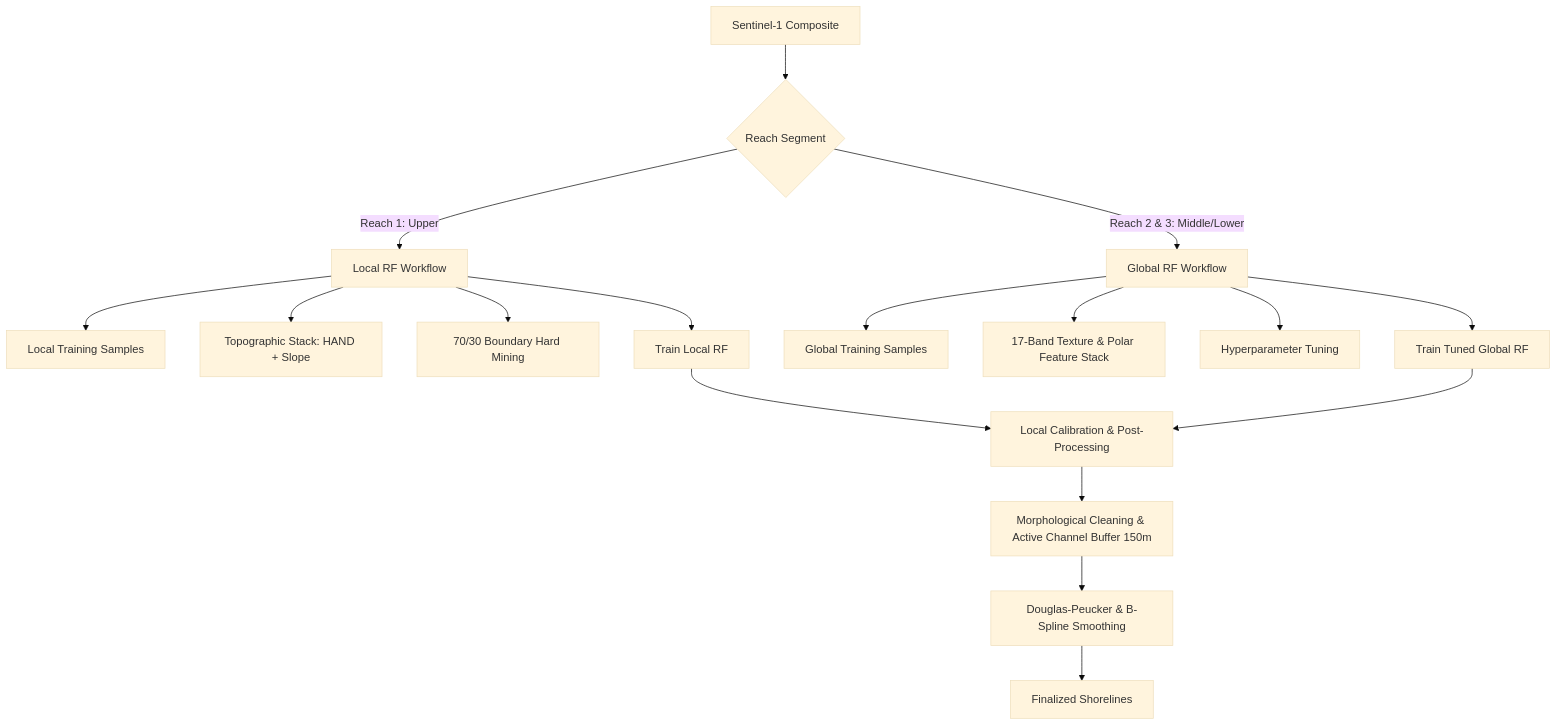
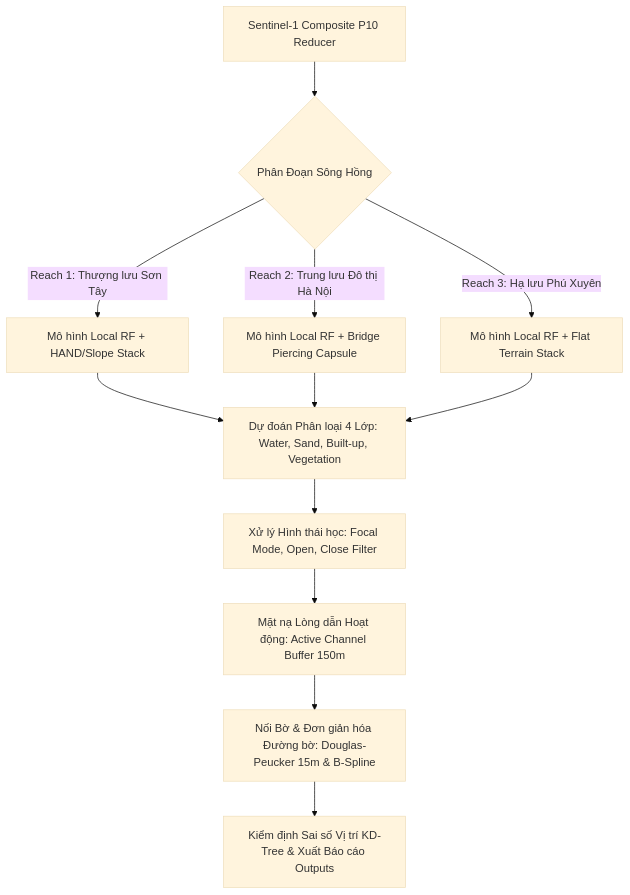
The diagram in docs/model.md (TungDucVu/SongHong-SAR-Monitoring), drawn with Mermaid (base theme) before and after one commit. The commit also changed other lines of this file and 1 other file, not shown here.

Commit message:
docs: update docs/model.md and docs/using.md to reflect v1.0-OptionA-Production architecture and file registry

````diff
--- a/docs/model.md
+++ b/docs/model.md
@@ -11,22 +9,13 @@
 ```mermaid
 graph TD
-    A[Sentinel-1 Composite] --> B{Reach Segment}
-    B -->|Reach 1: Upper| C[Local RF Workflow]
-    B -->|Reach 2 & 3: Middle/Lower| D[Global RF Workflow]
+    A[Sentinel-1 Composite P10 Reducer] --> B{Phân Đoạn Sông Hồng}
+    B -->|Reach 1: Thượng lưu Sơn Tây| C[Mô hình Local RF + HAND/Slope Stack]
+    B -->|Reach 2: Trung lưu Đô thị Hà Nội| D[Mô hình Local RF + Bridge Piercing Capsule]
+    B -->|Reach 3: Hạ lưu Phú Xuyên| E[Mô hình Local RF + Flat Terrain Stack]
     
-    C --> C1[Local Training Samples]
-    C --> C2[Topographic Stack: HAND + Slope]
-    C --> C3[70/30 Boundary Hard Mining]
-    C --> C4[Train Local RF]
-    
-    D --> D1[Global Training Samples]
-    D --> D2[17-Band Texture & Polar Feature Stack]
-    D --> D3[Hyperparameter Tuning]
-    D --> D4[Train Tuned Global RF]
-    
-    C4 --> E[Local Calibration & Post-Processing]
-    D4 --> E
-    E --> F[Morphological Cleaning & Active Channel Buffer 150m]
-    F --> G[Douglas-Peucker & B-Spline Smoothing]
-    G --> H[Finalized Shorelines]
+    C & D & E --> F[Dự đoán Phân loại 4 Lớp: Water, Sand, Built-up, Vegetation]
+    F --> G[Xử lý Hình thái học: Focal Mode, Open, Close Filter]
+    G --> H[Mặt nạ Lòng dẫn Hoạt động: Active Channel Buffer 150m]
+    H --> I[Nối Bờ & Đơn giản hóa Đường bờ: Douglas-Peucker 15m & B-Spline]
+    I --> J[Kiểm định Sai số Vị trí KD-Tree & Xuất Báo cáo Outputs]
 ```
````
